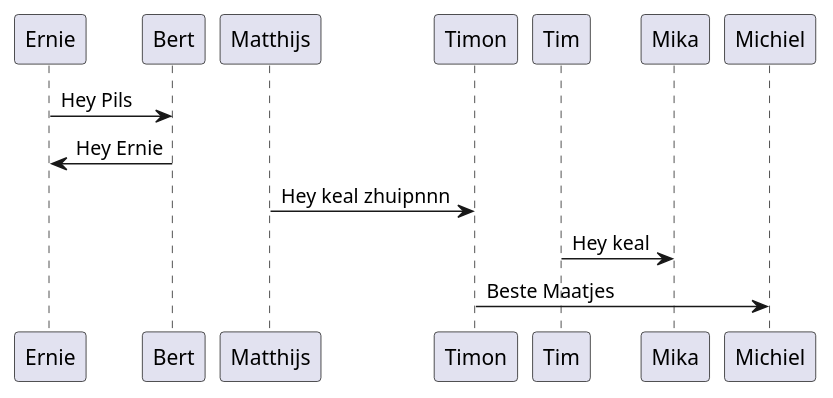
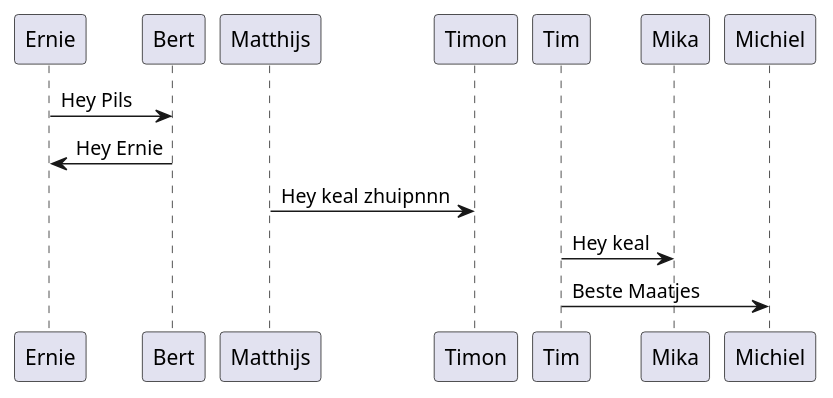
The diagram in src/Introduction.md (Timon14kraan/Project-Proces-and-Safety), drawn with PlantUML before and after one commit. The commit also changed 2 other files, not shown here.

````diff
--- a/src/Introduction.md
+++ b/src/Introduction.md
@@ -3,15 +3,15 @@
 ```plantuml
 @startuml bert_and_ernie
 
 
 Ernie->Bert : Hey Pils
 Bert->Ernie : Hey Ernie
 
 Matthijs->Timon : Hey keal zhuipnnn
 Tim->Mika : Hey keal
-Timon-> Michiel : Beste Maatjes
+Tim-> Michiel : Beste Maatjes
 
 
 
 @enduml
 ```
````
